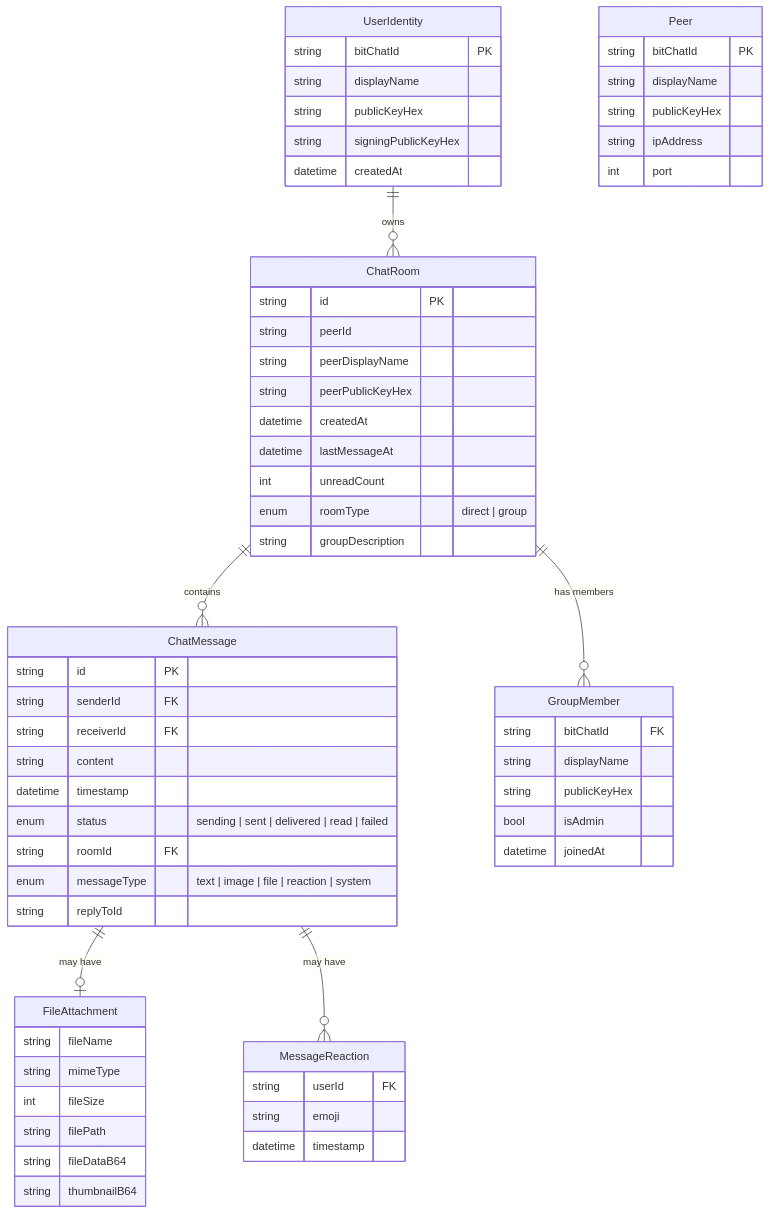
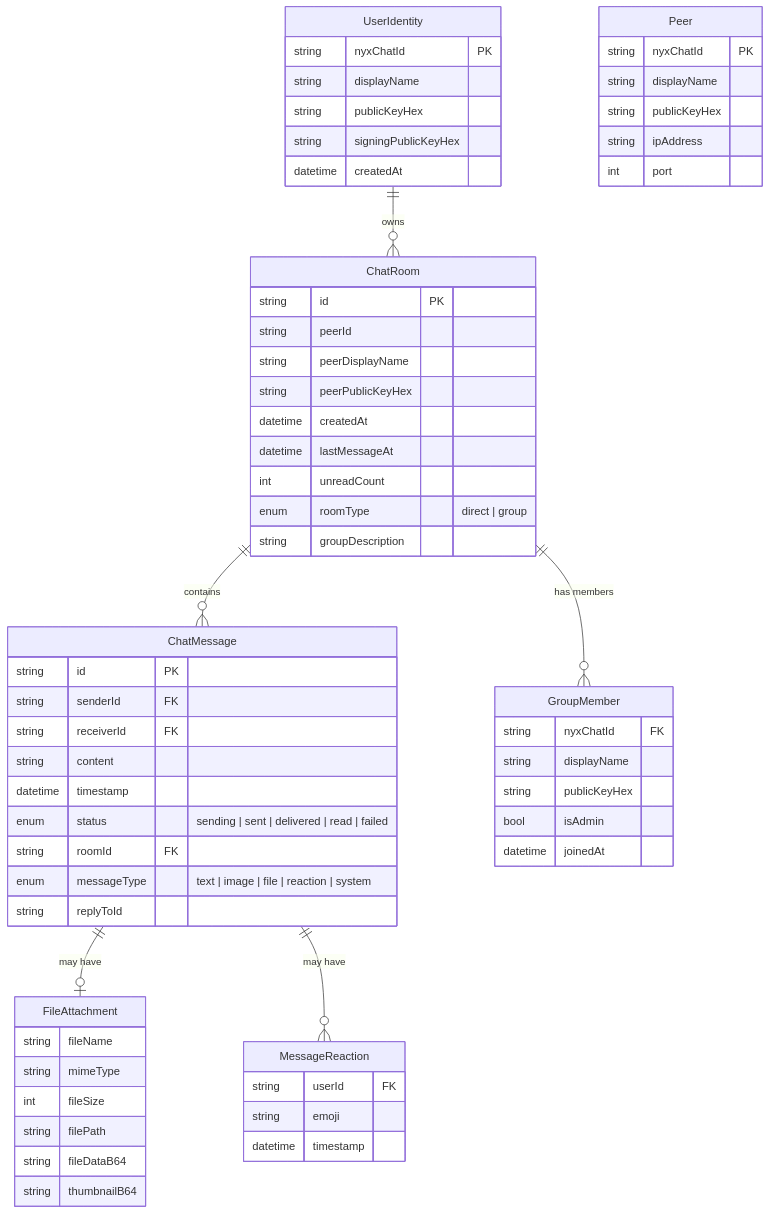
Diagram 18 of 18 in README.md (harshitt13/NyxChat), drawn with Mermaid before and after one commit. The commit also changed other lines of this file and 22 other files, not shown here.

````diff
--- a/README.md
+++ b/README.md
@@ -708,71 +708,71 @@
 ```mermaid
 erDiagram
     UserIdentity {
-        string bitChatId PK
+        string nyxChatId PK
         string displayName
         string publicKeyHex
         string signingPublicKeyHex
         datetime createdAt
     }
 
     ChatRoom {
         string id PK
         string peerId
         string peerDisplayName
         string peerPublicKeyHex
         datetime createdAt
         datetime lastMessageAt
         int unreadCount
         enum roomType "direct | group"
         string groupDescription
     }
 
     ChatMessage {
         string id PK
         string senderId FK
         string receiverId FK
         string content
         datetime timestamp
         enum status "sending | sent | delivered | read | failed"
         string roomId FK
         enum messageType "text | image | file | reaction | system"
         string replyToId
     }
 
     GroupMember {
-        string bitChatId FK
+        string nyxChatId FK
         string displayName
         string publicKeyHex
         bool isAdmin
         datetime joinedAt
     }
 
     FileAttachment {
         string fileName
         string mimeType
         int fileSize
         string filePath
         string fileDataB64
         string thumbnailB64
     }
 
     MessageReaction {
         string userId FK
         string emoji
         datetime timestamp
     }
 
     Peer {
-        string bitChatId PK
+        string nyxChatId PK
         string displayName
         string publicKeyHex
         string ipAddress
         int port
     }
 
     UserIdentity ||--o{ ChatRoom : "owns"
     ChatRoom ||--o{ ChatMessage : "contains"
     ChatRoom ||--o{ GroupMember : "has members"
     ChatMessage ||--o| FileAttachment : "may have"
     ChatMessage ||--o{ MessageReaction : "may have"
 ```
````
